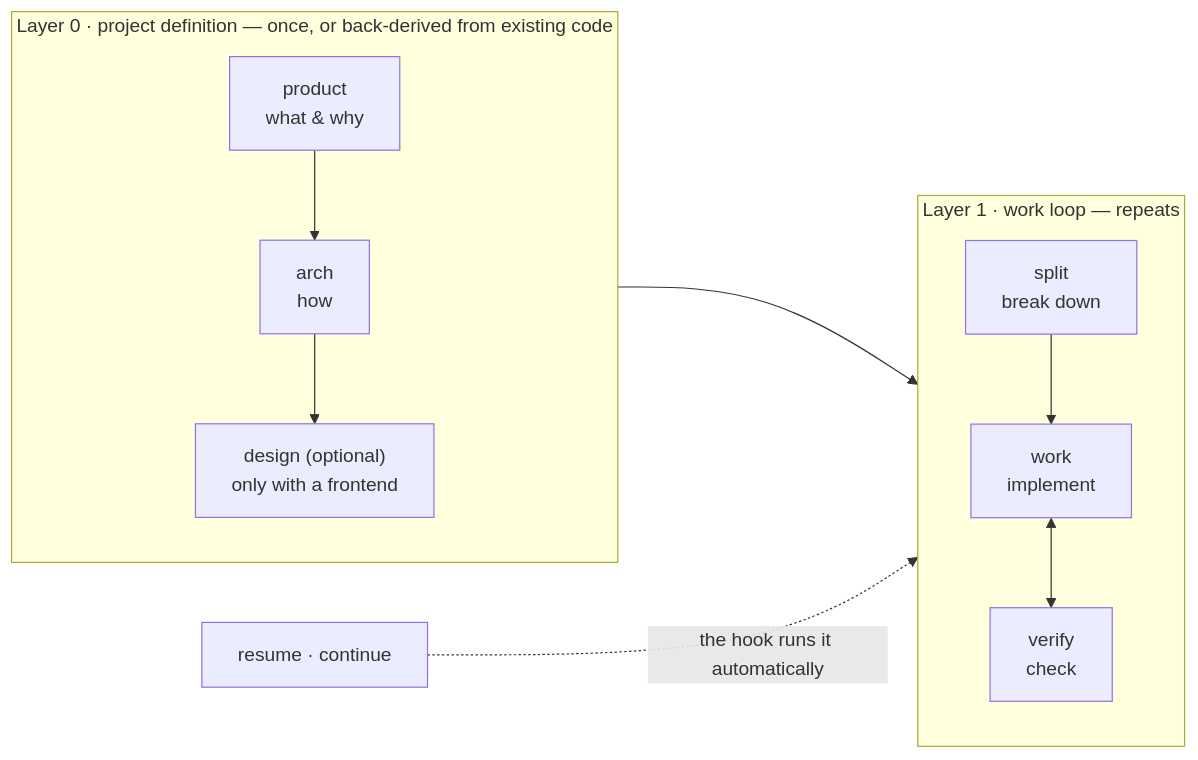
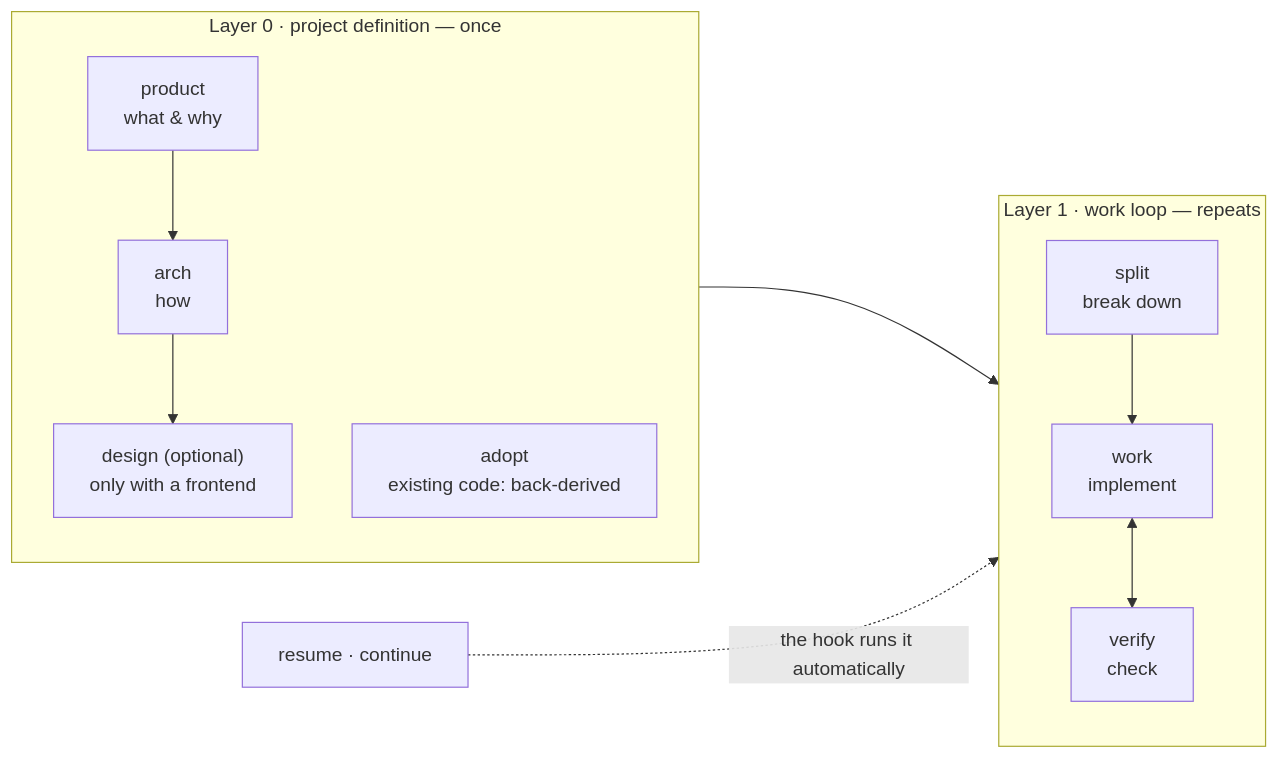
One commit to nanomia-ai/devflow changed the first of 4 diagrams in README.md. Above: the diagram before and after it, drawn with Mermaid. The commit also changed other lines of this file and 28 other files, not shown here.

````diff
--- a/README.md
+++ b/README.md
@@ -43,11 +43,12 @@
 ```mermaid
 flowchart LR
-    subgraph L0["Layer 0 · project definition — once, or back-derived from existing code"]
+    subgraph L0["Layer 0 · project definition — once"]
         P[product<br>what & why] --> A[arch<br>how] --> D["design (optional)<br>only with a frontend"]
+        AD["adopt<br>existing code: back-derived"]
     end
     subgraph L1["Layer 1 · work loop — repeats"]
         S[split<br>break down] --> W[work<br>implement] <--> V[verify<br>check]
     end
     L0 --> L1
     R[resume · continue] -.->|the hook runs it automatically| L1
 ```
````
